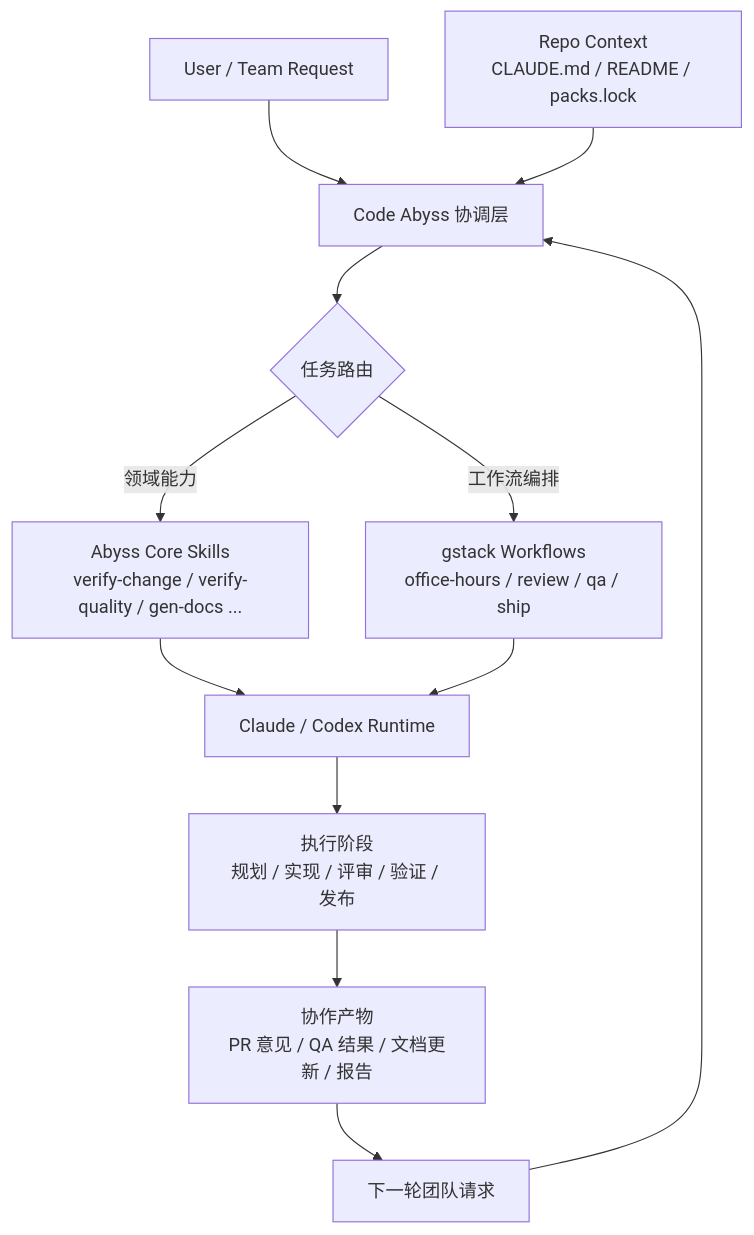
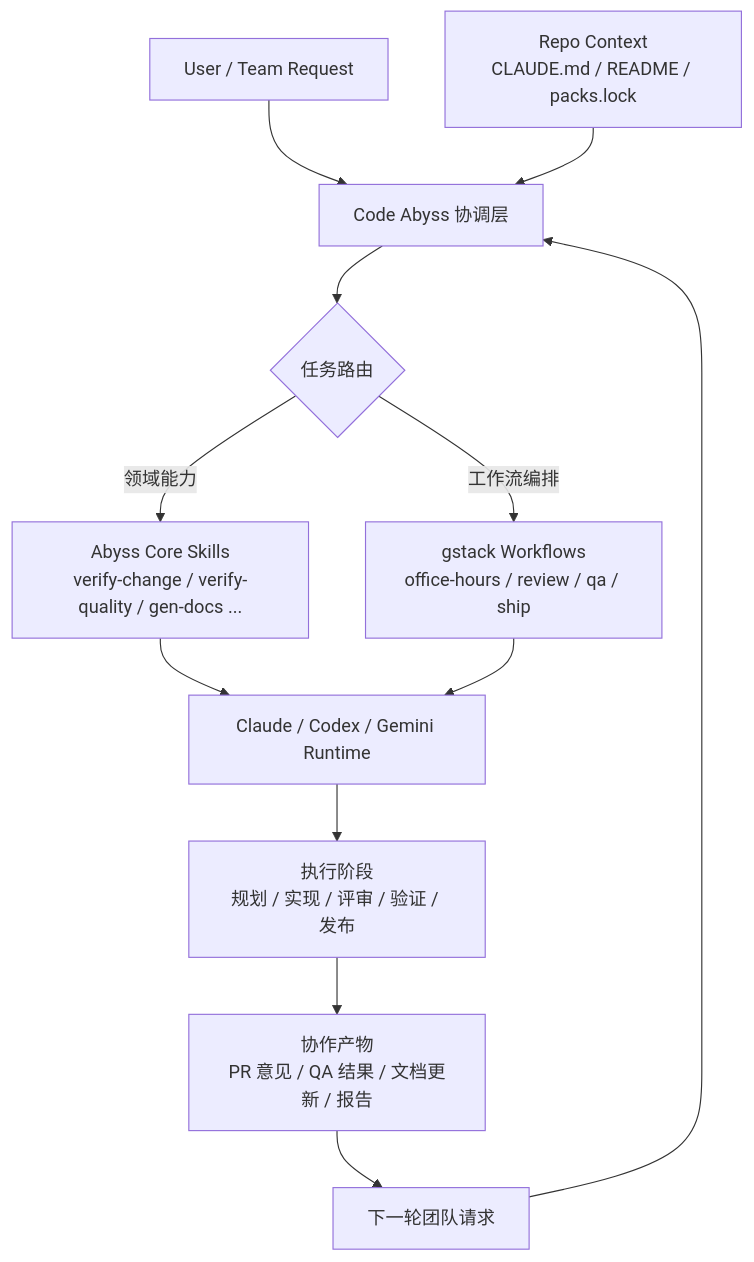
The diagram in README.md (telagod/code-abyss), drawn with Mermaid before and after one commit. The commit also changed other lines of this file, not shown here.

Commit message:
docs: align gemini host documentation

````diff
--- a/README.md
+++ b/README.md
@@ -317,17 +317,17 @@
 ```mermaid
 flowchart TD
   A[User / Team Request] --> B[Code Abyss 协调层]
   C[Repo Context\nCLAUDE.md / README / packs.lock] --> B
 
   B --> D{任务路由}
   D -->|领域能力| E[Abyss Core Skills\nverify-change / verify-quality / gen-docs ...]
   D -->|工作流编排| F[gstack Workflows\noffice-hours / review / qa / ship]
 
-  E --> G[Claude / Codex Runtime]
+  E --> G[Claude / Codex / Gemini Runtime]
   F --> G
 
   G --> H[执行阶段\n规划 / 实现 / 评审 / 验证 / 发布]
   H --> I[协作产物\nPR 意见 / QA 结果 / 文档更新 / 报告]
   I --> J[下一轮团队请求]
   J --> B
 ```
````
